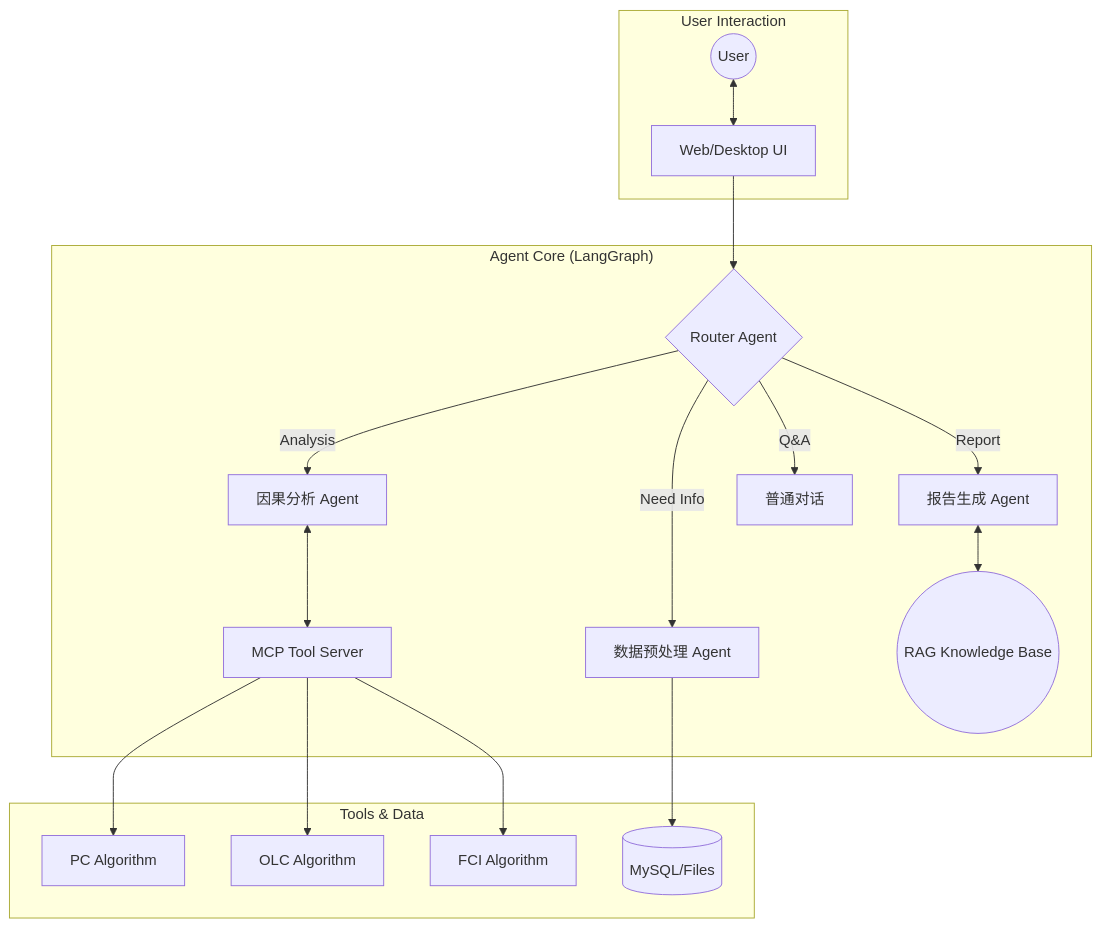
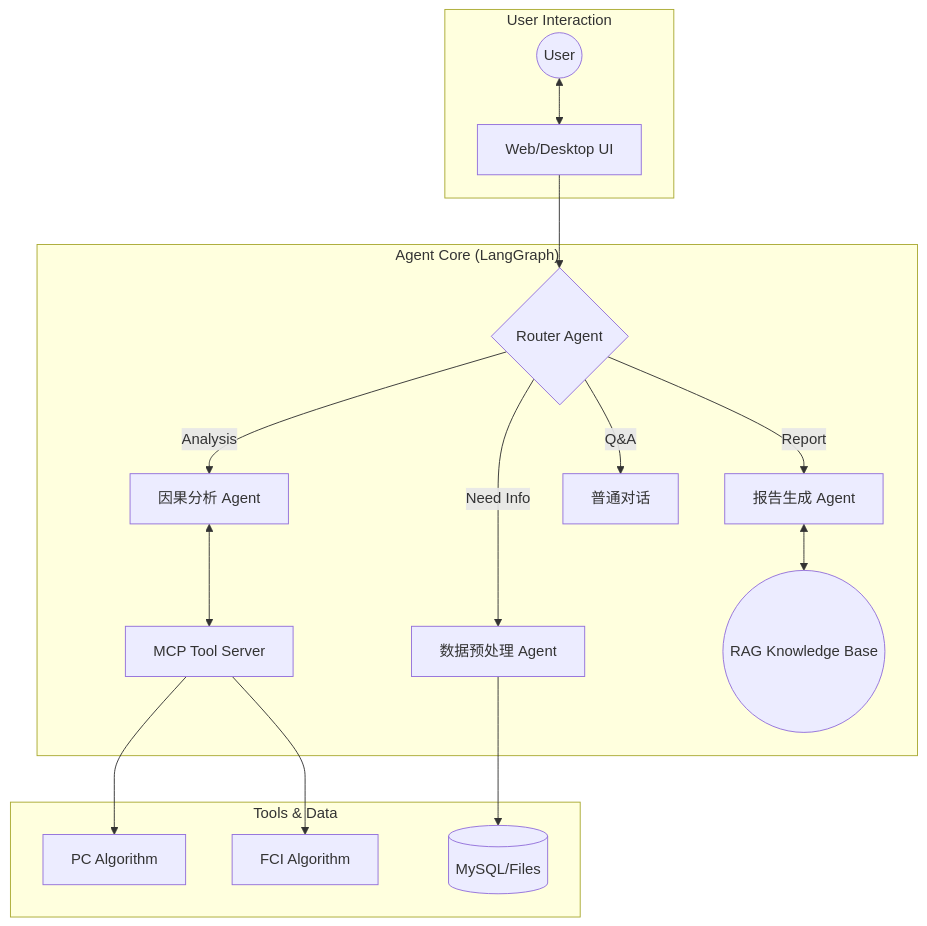
One commit to Heyflyingpig/CausalAgent changed the diagram in README.md. Above: the diagram before and after it, drawn with Mermaid. The commit also changed other lines of this file and 5 other files, not shown here.

````diff
--- a/README.md
+++ b/README.md
@@ -105,25 +105,24 @@
 ```mermaid
 graph TD;
     subgraph "User Interaction"
         Human((User)) <--> UI[Web/Desktop UI]
     end
 
     subgraph "Agent Core (LangGraph)"
         UI --> Router{Router Agent}
         Router -->|Need Info| Pre[数据预处理 Agent]
         Router -->|Analysis| Causal[因果分析 Agent]
         Router -->|Report| Writer[报告生成 Agent]
         Router -->|Q&A| Chat[普通对话]
 
         Causal <--> MCP[MCP Tool Server]
         Writer <--> RAG((RAG Knowledge Base))
     end
 
     subgraph "Tools & Data"
         MCP --> PC[PC Algorithm]
-        MCP --> OLC[OLC Algorithm]
         MCP --> FCI[FCI Algorithm]
         Pre --> Data[(MySQL/Files)]
     end
 
 ```
````
